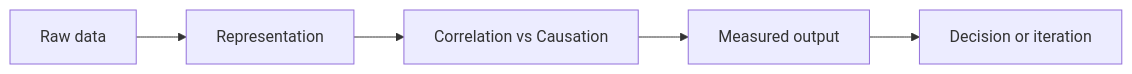
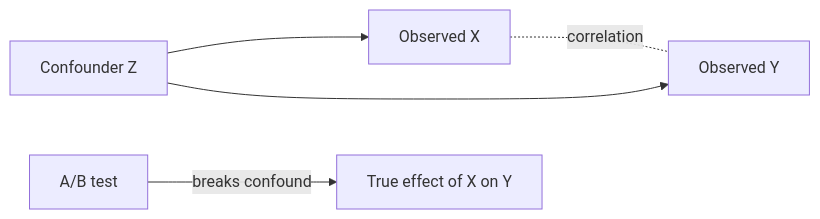
One commit to Icon1cc/Machine-Learning changed the diagram in statistics/09-correlation-vs-causation.md. Above: the diagram before and after it, drawn with Mermaid. The commit also changed other lines of this file and 264 other files, not shown here.

````diff
--- a/statistics/09-correlation-vs-causation.md
+++ b/statistics/09-correlation-vs-causation.md
@@ -92,7 +85,7 @@
 ```mermaid
 flowchart LR
-    A[Raw data] --> B[Representation]
-    B --> C[Correlation vs Causation]
-    C --> D[Measured output]
-    D --> E[Decision or iteration]
+    X[Observed X] -. correlation .- Y[Observed Y]
+    Z[Confounder Z] --> X
+    Z --> Y
+    A[A/B test] -- breaks confound --> Cause[True effect of X on Y]
 ```
````
